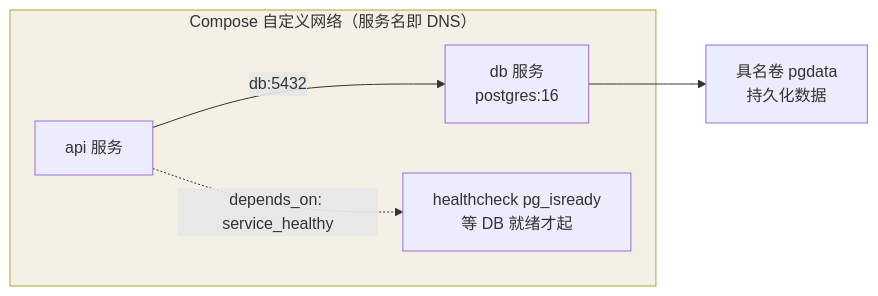
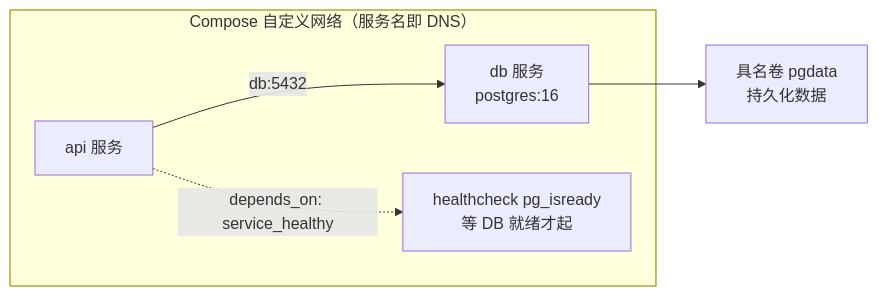
One commit to Loadhao/ascension changed the diagram in src/content/docs/docker/advanced/orchestration/01-compose.md. Above: the diagram before and after it, drawn with Mermaid. The commit also changed 87 other files, not shown here.

First line of the commit message:
fix: 全站图表配色改由主题接管，修复暗色主题下浅底浅字看不清

````diff
--- a/src/content/docs/docker/advanced/orchestration/01-compose.md
+++ b/src/content/docs/docker/advanced/orchestration/01-compose.md
@@ -46,9 +46,10 @@
 ```mermaid
 flowchart LR
     subgraph 网络["Compose 自定义网络（服务名即 DNS）"]
         API["api 服务"] -->|"db:5432"| DB["db 服务<br/>postgres:16"]
         API -. "depends_on: service_healthy" .-> HEAL["healthcheck pg_isready<br/>等 DB 就绪才起"]
     end
     DB --> V["具名卷 pgdata<br/>持久化数据"]
-    style 网络 fill:#f5f0e6
+    class 网络 hl
+    classDef hl stroke-width:1.5px
 ```
````
